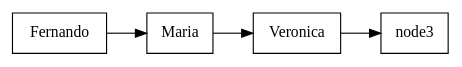
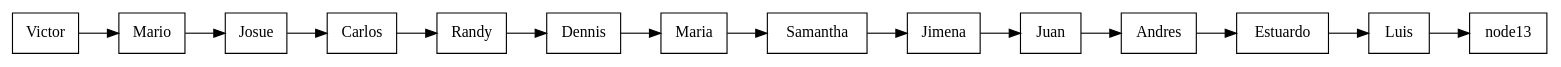
Before and after one commit to deathstroke021/EDD_1S2019_P1_201503961: the diagram in Structures/Circulardoublylinkedlist.dot, drawn with Graphviz. The commit also changed 6 other files, not shown here.

```diff
--- a/Structures/Circulardoublylinkedlist.dot
+++ b/Structures/Circulardoublylinkedlist.dot
@@ -1,10 +1,30 @@
 digraph firsGraph{
 node [shape=record];
 rankdir=LR;
-node0 [label=" Fernando "  ];
+node0 [label=" Victor "  ];
 node0 -> node1;
-node1 [label=" Maria "  ];
+node1 [label=" Mario "  ];
 node1 -> node2;
-node2 [label=" Veronica "  ];
+node2 [label=" Josue "  ];
 node2 -> node3;
+node3 [label=" Carlos "  ];
+node3 -> node4;
+node4 [label=" Randy "  ];
+node4 -> node5;
+node5 [label=" Dennis "  ];
+node5 -> node6;
+node6 [label=" Maria "  ];
+node6 -> node7;
+node7 [label=" Samantha "  ];
+node7 -> node8;
+node8 [label=" Jimena "  ];
+node8 -> node9;
+node9 [label=" Juan "  ];
+node9 -> node10;
+node10 [label=" Andres "  ];
+node10 -> node11;
+node11 [label=" Estuardo "  ];
+node11 -> node12;
+node12 [label=" Luis "  ];
+node12 -> node13;
 }
```
